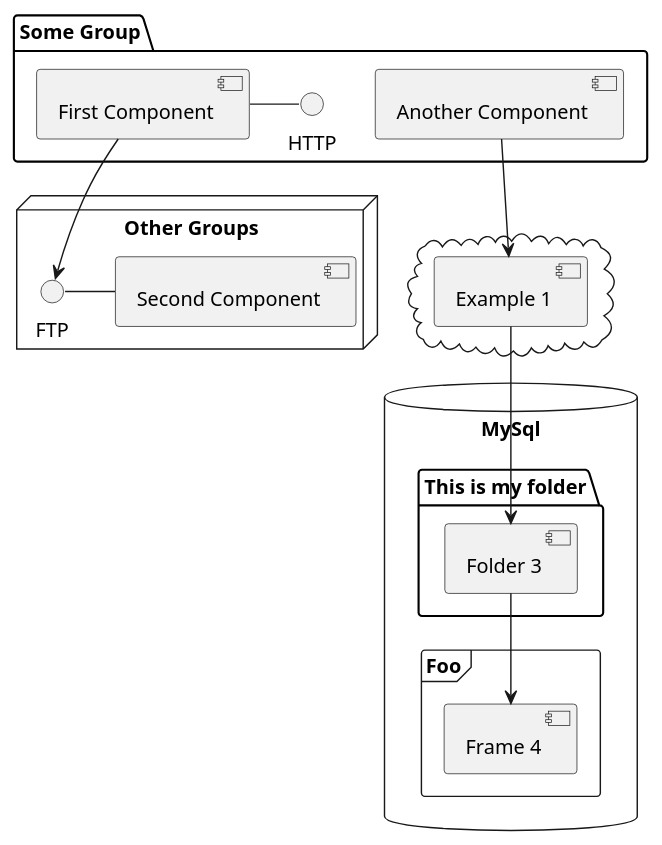
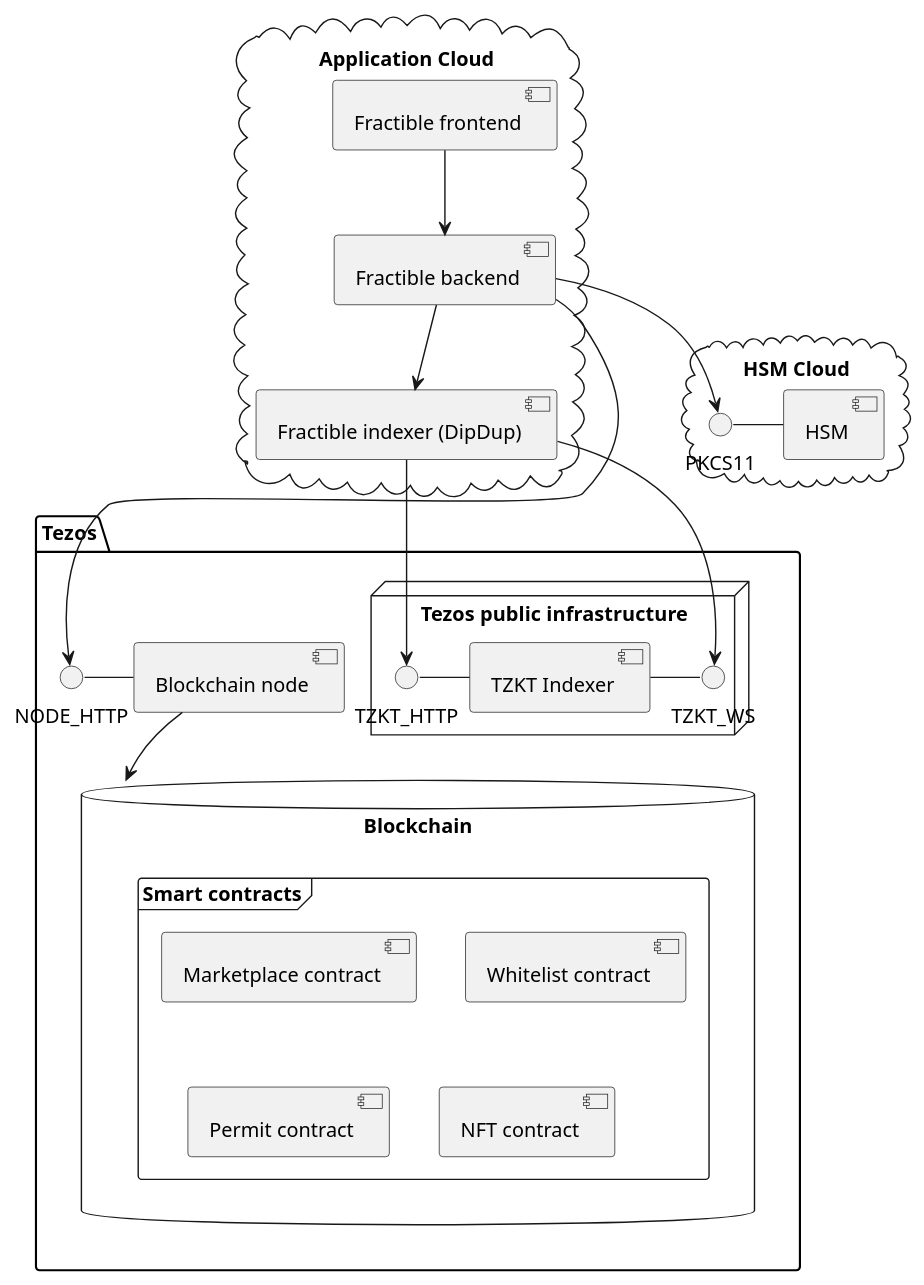
Before and after one commit to fractible/fractible-contracts: the diagram in diagrams/architecture.puml, drawn with PlantUML.

Commit message:
add archi diagram

```diff
--- a/diagrams/architecture.puml
+++ b/diagrams/architecture.puml
@@ -1,32 +1,41 @@
 @startuml
+package "Tezos" {
+  NODE_HTTP - [Blockchain node]
+  database "Blockchain" {
+    frame "Smart contracts" {
+       [Marketplace contract]
+       [Whitelist contract]
+       [Permit contract]
+       [NFT contract]
+    }
+  }
+  node "Tezos public infrastructure" {
+    TZKT_HTTP - [TZKT Indexer]
+    [TZKT Indexer] - TZKT_WS
 
-package "Some Group" {
-  HTTP - [First Component]
-  [Another Component]
-}
-
-node "Other Groups" {
-  FTP - [Second Component]
-  [First Component] --> FTP
-}
-
-cloud {
-  [Example 1]
-}
-
-
-database "MySql" {
-  folder "This is my folder" {
-    [Folder 3]
-  }
-  frame "Foo" {
-    [Frame 4]
   }
 }
 
 
-[Another Component] --> [Example 1]
-[Example 1] --> [Folder 3]
-[Folder 3] --> [Frame 4]
 
+cloud "Application Cloud" {
+  [Fractible frontend]
+  [Fractible indexer (DipDup)]
+  [Fractible backend]
+}
+
+cloud "HSM Cloud" {
+  PKCS11 - [HSM]
+}
+
+
+
+[Fractible backend] --> PKCS11
+[Fractible frontend] --> [Fractible backend]
+[Fractible backend] --> NODE_HTTP
+[Fractible backend] --> [Fractible indexer (DipDup)]
+
+[Fractible indexer (DipDup)] --> TZKT_HTTP
+[Fractible indexer (DipDup)] --> TZKT_WS
+[Blockchain node] --> Blockchain
 @enduml
```
